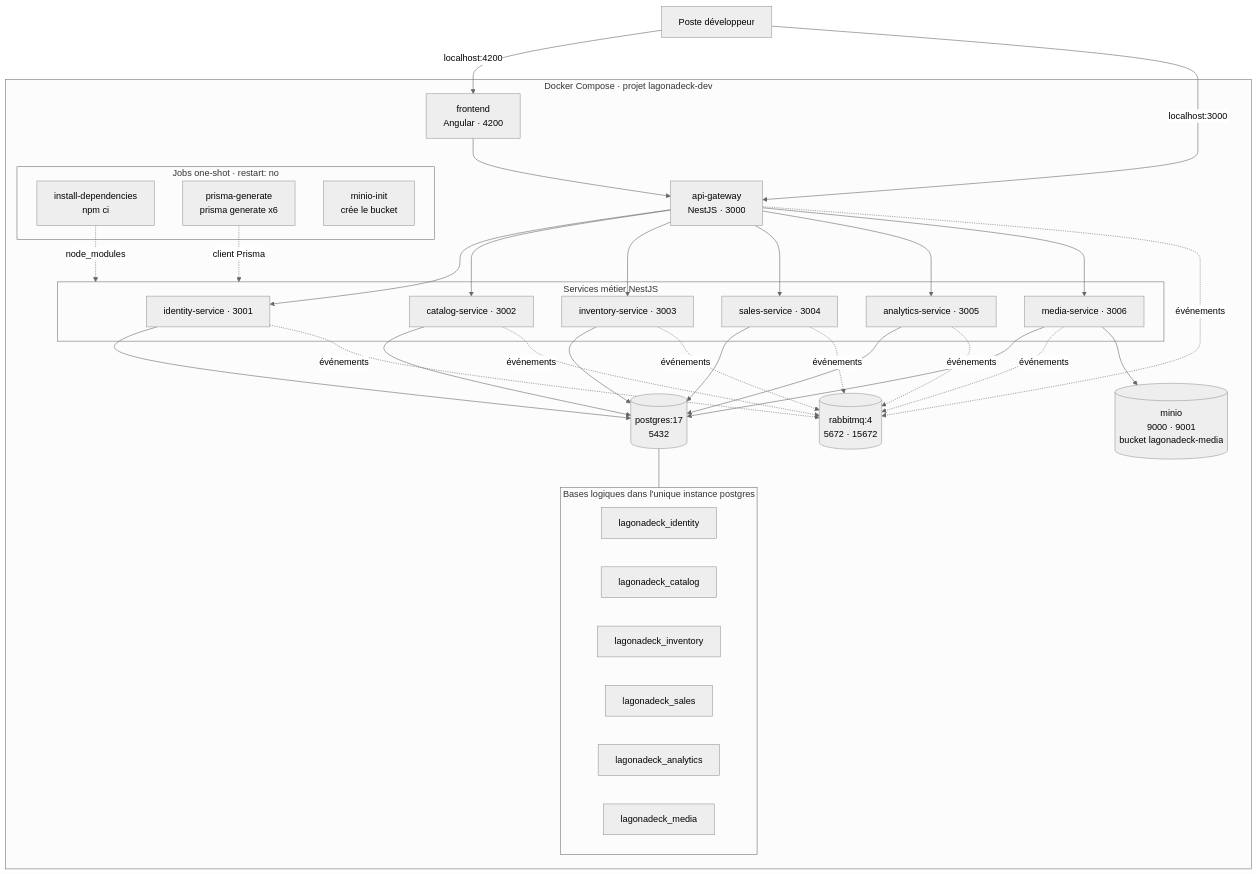
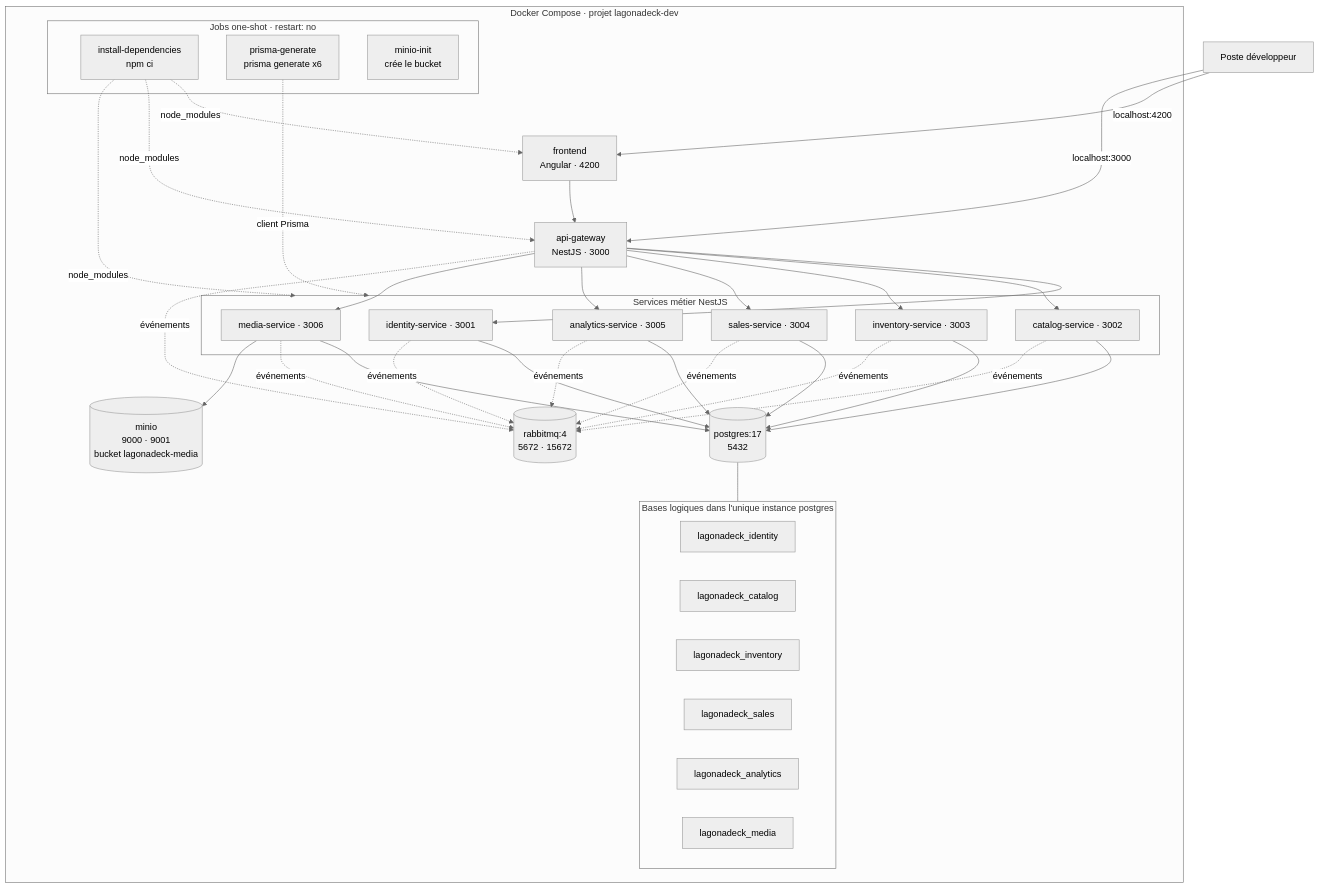
One commit to LagonaDeck/lagonadeck changed the first of 4 diagrams in docs/diagrams/infrastructure.md. Above: the diagram before and after it, drawn with Mermaid (neutral theme). The commit also changed other lines of this file and 4 other files, not shown here.

First line of the commit message:
docs(architecture): corrige les retours de review sur la PR #67

````diff
--- a/docs/diagrams/infrastructure.md
+++ b/docs/diagrams/infrastructure.md
@@ -18,66 +18,68 @@
 ```mermaid
 flowchart TB
   DEV[Poste développeur] -->|localhost:4200| FE
   DEV -->|localhost:3000| GW
 
   subgraph COMPOSE["Docker Compose · projet lagonadeck-dev"]
     subgraph BOOT["Jobs one-shot · restart: no"]
       INSTALL[install-dependencies\nnpm ci]
       PRISMA[prisma-generate\nprisma generate x6]
       MINIT[minio-init\ncrée le bucket]
     end
 
     FE[frontend\nAngular · 4200]
     GW[api-gateway\nNestJS · 3000]
 
     subgraph SVC["Services métier NestJS"]
       IDS[identity-service · 3001]
       CAT[catalog-service · 3002]
       INV[inventory-service · 3003]
       SAL[sales-service · 3004]
       ANA[analytics-service · 3005]
       MED[media-service · 3006]
     end
 
     PG[(postgres:17\n5432)]
     subgraph LOGDB["Bases logiques dans l'unique instance postgres"]
       D1[lagonadeck_identity]
       D2[lagonadeck_catalog]
       D3[lagonadeck_inventory]
       D4[lagonadeck_sales]
       D5[lagonadeck_analytics]
       D6[lagonadeck_media]
     end
     RMQ[(rabbitmq:4\n5672 · 15672)]
     MINIO[(minio\n9000 · 9001\nbucket lagonadeck-media)]
   end
 
   FE --> GW
   GW --> IDS
   GW --> CAT
   GW --> INV
   GW --> SAL
   GW --> ANA
   GW --> MED
 
   IDS --> PG
   CAT --> PG
   INV --> PG
   SAL --> PG
   ANA --> PG
   MED --> PG
   PG --- LOGDB
 
   GW -.événements.-> RMQ
   IDS -.événements.-> RMQ
   CAT -.événements.-> RMQ
   INV -.événements.-> RMQ
   SAL -.événements.-> RMQ
   ANA -.événements.-> RMQ
   MED -.événements.-> RMQ
 
   MED --> MINIO
 
+  INSTALL -.node_modules.-> FE
+  INSTALL -.node_modules.-> GW
   INSTALL -.node_modules.-> SVC
   PRISMA -.client Prisma.-> SVC
 ```
````
